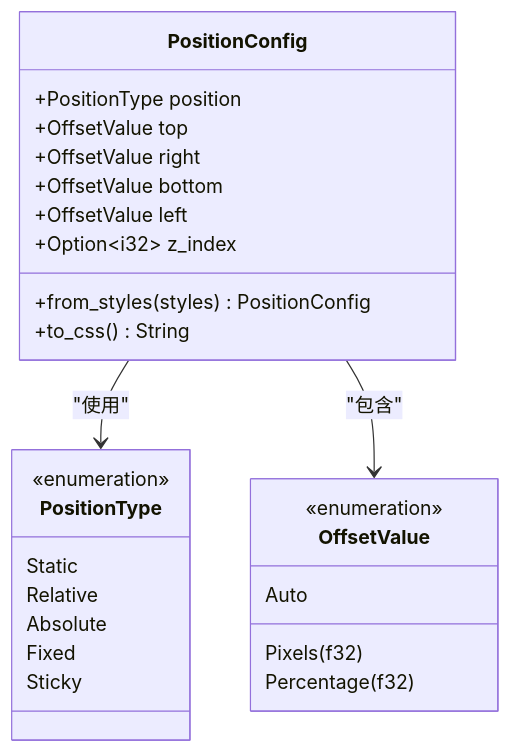
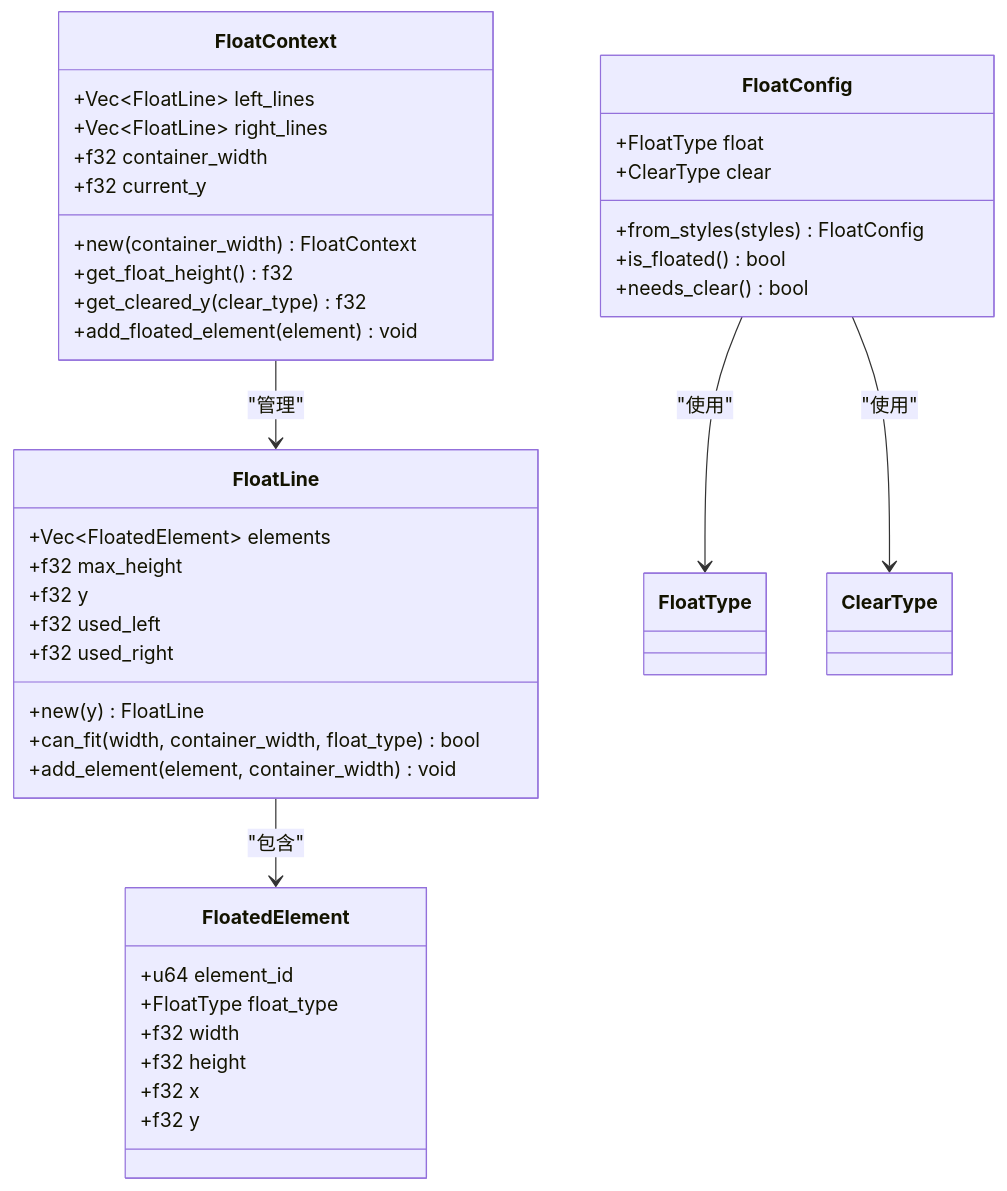
One commit to itszzl-sudo/iris changed diagram 12 of 18 in .qoder/repowiki/zh/content/技术架构详解/布局样式系统/iris-layout布局引擎.md. Above: the diagram before and after it, drawn with Mermaid. The commit also changed other lines of this file and 10 other files, not shown here.

````diff
--- a/.qoder/repowiki/zh/content/技术架构详解/布局样式系统/iris-layout布局引擎.md
+++ b/.qoder/repowiki/zh/content/技术架构详解/布局样式系统/iris-layout布局引擎.md
@@ -455,29 +473,42 @@
 ```mermaid
 classDiagram
-class PositionType {
-<<enumeration>>
-Static
-Relative
-Absolute
-Fixed
-Sticky
+class FloatConfig {
++FloatType float
++ClearType clear
++from_styles(styles) FloatConfig
++is_floated() bool
++needs_clear() bool
 }
-class OffsetValue {
-<<enumeration>>
-Auto
-Pixels(f32)
-Percentage(f32)
+class FloatContext {
++Vec~FloatLine~ left_lines
++Vec~FloatLine~ right_lines
++f32 container_width
++f32 current_y
++new(container_width) FloatContext
++get_float_height() f32
++get_cleared_y(clear_type) f32
++add_floated_element(element) void
 }
-class PositionConfig {
-+PositionType position
-+OffsetValue top
-+OffsetValue right
-+OffsetValue bottom
-+OffsetValue left
-+Option~i32~ z_index
-+from_styles(styles) PositionConfig
-+to_css() String
+class FloatLine {
++Vec~FloatedElement~ elements
++f32 max_height
++f32 y
++f32 used_left
++f32 used_right
++new(y) FloatLine
++can_fit(width, container_width, float_type) bool
++add_element(element, container_width) void
 }
-PositionConfig --> PositionType : "使用"
-PositionConfig --> OffsetValue : "包含"
+class FloatedElement {
++u64 element_id
++FloatType float_type
++f32 width
++f32 height
++f32 x
++f32 y
+}
+FloatContext --> FloatLine : "管理"
+FloatLine --> FloatedElement : "包含"
+FloatConfig --> FloatType : "使用"
+FloatConfig --> ClearType : "使用"
 ```
````
